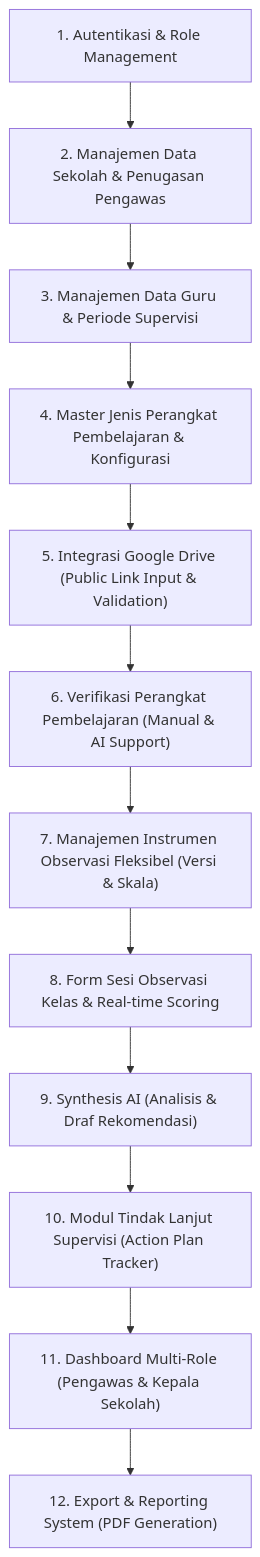
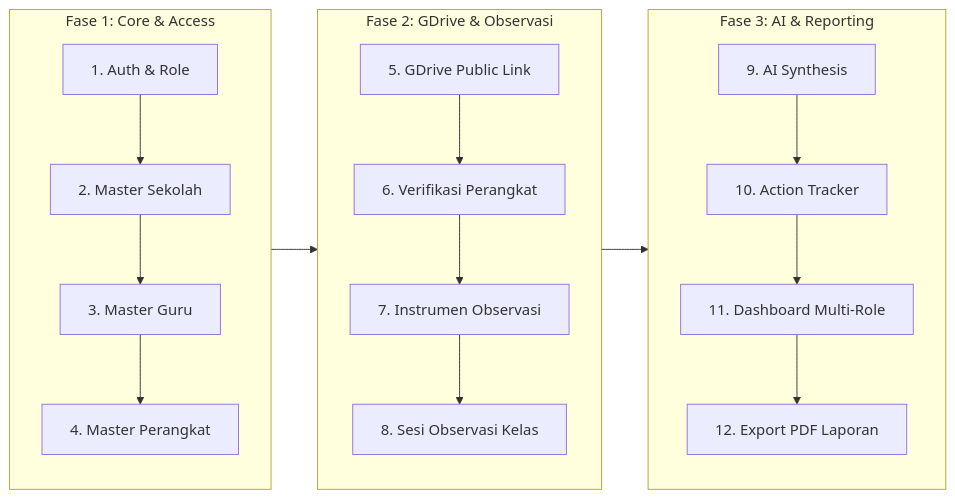
The diagram in docs/10-implementation-guidelines.md (Hnzsama/supervisi_sekolah), drawn with Mermaid before and after one commit. The commit also changed 3 other files, not shown here.

Commit message:
Optimize Mermaid diagram layout to balanced horizontal format

````diff
--- a/docs/10-implementation-guidelines.md
+++ b/docs/10-implementation-guidelines.md
@@ -7,14 +7,22 @@
 ```mermaid
-flowchart TD
-    P1["1. Autentikasi & Role Management"] --> P2["2. Manajemen Data Sekolah & Penugasan Pengawas"]
-    P2 --> P3["3. Manajemen Data Guru & Periode Supervisi"]
-    P3 --> P4["4. Master Jenis Perangkat Pembelajaran & Konfigurasi"]
-    P4 --> P5["5. Integrasi Google Drive (Public Link Input & Validation)"]
-    P5 --> P6["6. Verifikasi Perangkat Pembelajaran (Manual & AI Support)"]
-    P6 --> P7["7. Manajemen Instrumen Observasi Fleksibel (Versi & Skala)"]
-    P7 --> P8["8. Form Sesi Observasi Kelas & Real-time Scoring"]
-    P8 --> P9["9. Synthesis AI (Analisis & Draf Rekomendasi)"]
-    P9 --> P10["10. Modul Tindak Lanjut Supervisi (Action Plan Tracker)"]
-    P10 --> P11["11. Dashboard Multi-Role (Pengawas & Kepala Sekolah)"]
-    P11 --> P12["12. Export & Reporting System (PDF Generation)"]
+flowchart LR
+    subgraph PHASE1["Fase 1: Core & Access"]
+        P1["1. Auth & Role"] --> P2["2. Master Sekolah"]
+        P2 --> P3["3. Master Guru"]
+        P3 --> P4["4. Master Perangkat"]
+    end
+
+    subgraph PHASE2["Fase 2: GDrive & Observasi"]
+        P5["5. GDrive Public Link"] --> P6["6. Verifikasi Perangkat"]
+        P6 --> P7["7. Instrumen Observasi"]
+        P7 --> P8["8. Sesi Observasi Kelas"]
+    end
+
+    subgraph PHASE3["Fase 3: AI & Reporting"]
+        P9["9. AI Synthesis"] --> P10["10. Action Tracker"]
+        P10 --> P11["11. Dashboard Multi-Role"]
+        P11 --> P12["12. Export PDF Laporan"]
+    end
+
+    PHASE1 --> PHASE2 --> PHASE3
 ```
````
